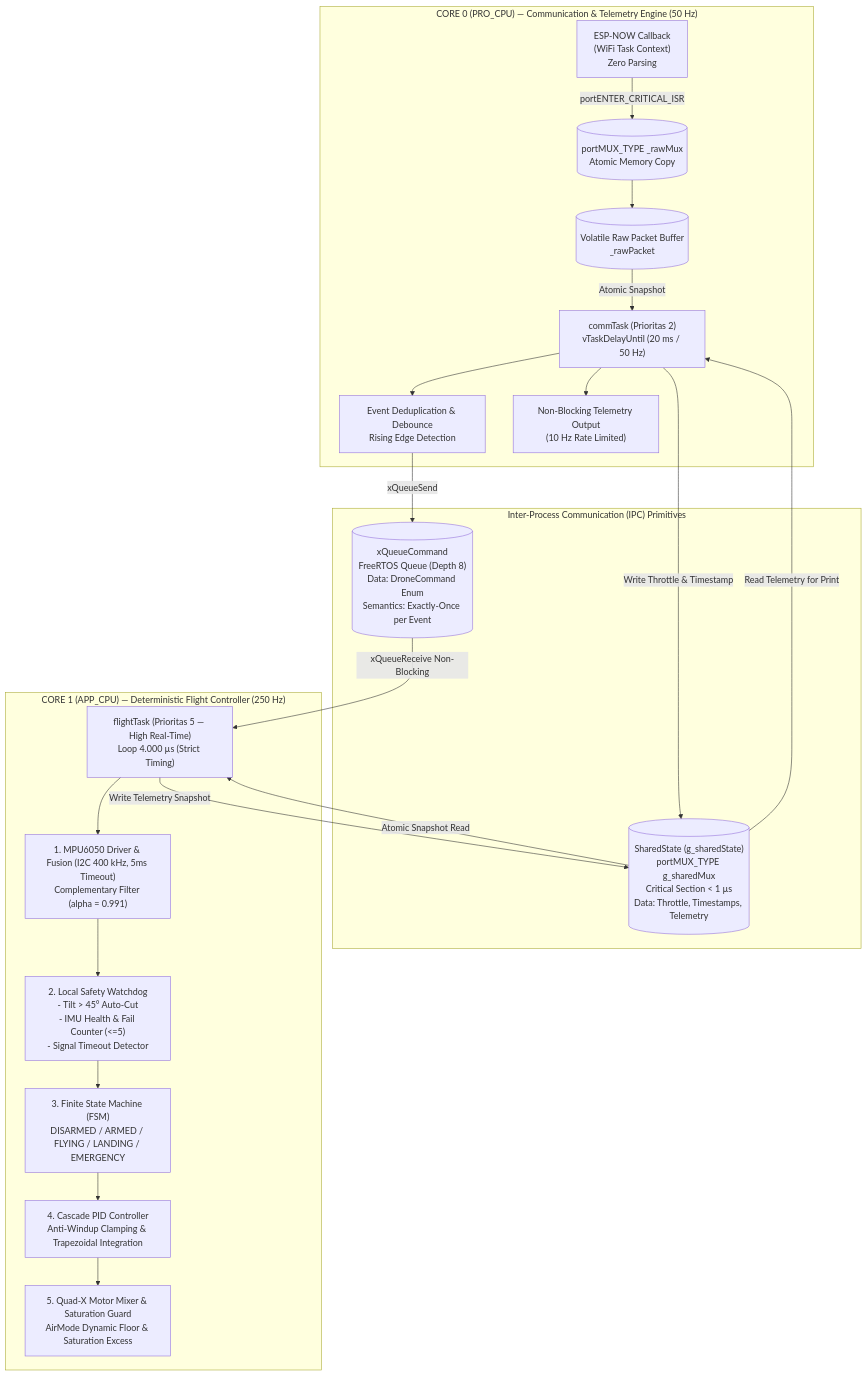
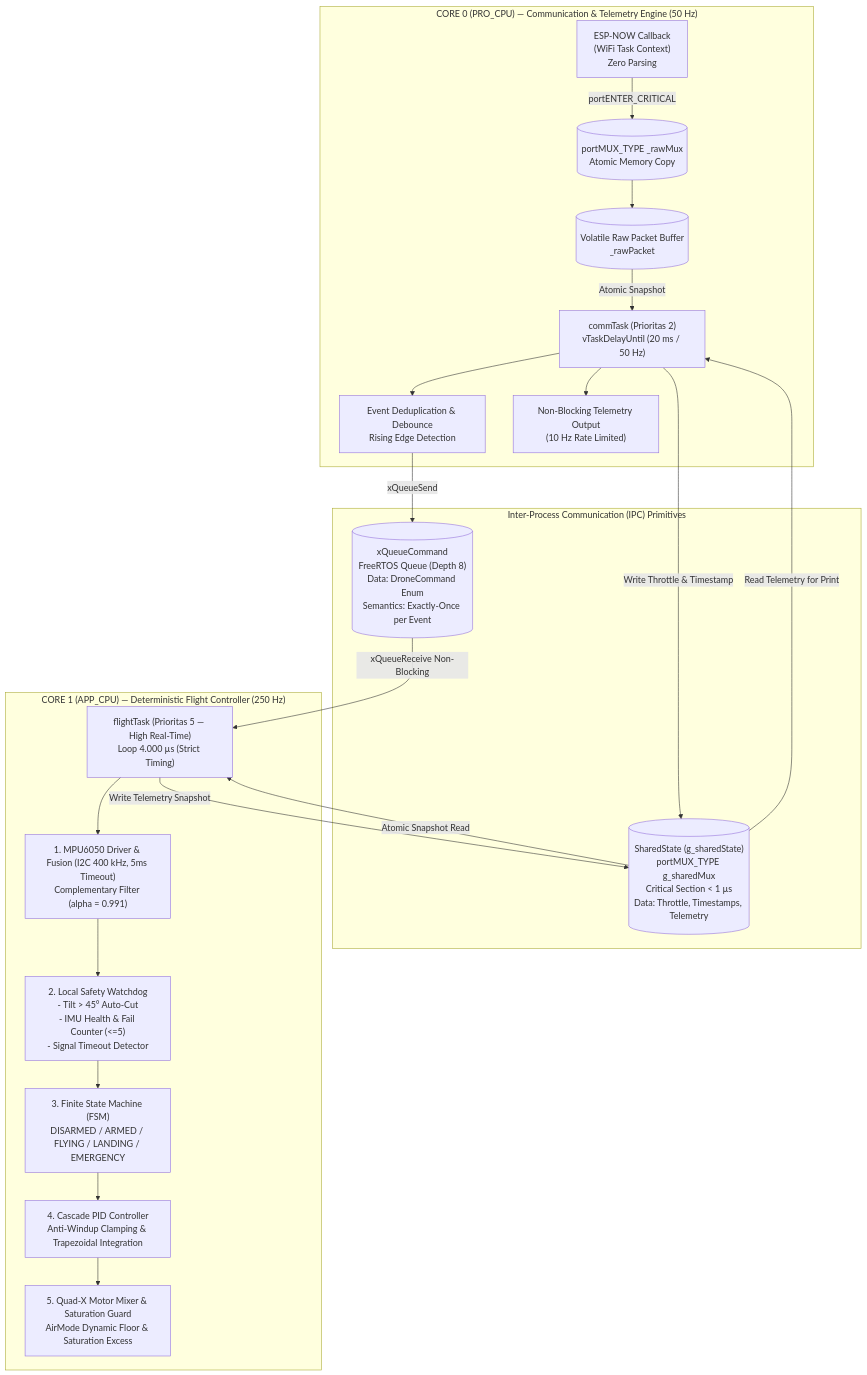
Before and after one commit to qiuFrrl/QuadcopterF450: the first of 5 diagrams in arsitektur.md, drawn with Mermaid. The commit also changed other lines of this file and 10 other files, not shown here.

````diff
--- a/arsitektur.md
+++ b/arsitektur.md
@@ -61,44 +61,44 @@
 ```mermaid
 graph TB
     subgraph Core0 ["CORE 0 (PRO_CPU) — Communication & Telemetry Engine (50 Hz)"]
         ISR["ESP-NOW Callback<br/>(WiFi Task Context)<br/>Zero Parsing"]
         RawMux[("portMUX_TYPE _rawMux<br/>Atomic Memory Copy")]
         RawBuf[("Volatile Raw Packet Buffer<br/>_rawPacket")]
         CommTask["commTask (Prioritas 2)<br/>vTaskDelayUntil (20 ms / 50 Hz)"]
         Deduplicator["Event Deduplication & Debounce<br/>Rising Edge Detection"]
         SerialOut["Non-Blocking Telemetry Output<br/>(10 Hz Rate Limited)"]
         
-        ISR -->|portENTER_CRITICAL_ISR| RawMux
+        ISR -->|portENTER_CRITICAL| RawMux
         RawMux --> RawBuf
         RawBuf -->|Atomic Snapshot| CommTask
         CommTask --> Deduplicator
         CommTask --> SerialOut
     end
 
     subgraph IPC ["Inter-Process Communication (IPC) Primitives"]
         CmdQueue[("xQueueCommand<br/>FreeRTOS Queue (Depth 8)<br/>Data: DroneCommand Enum<br/>Semantics: Exactly-Once per Event")]
         Spinlock[("SharedState (g_sharedState)<br/>portMUX_TYPE g_sharedMux<br/>Critical Section < 1 µs<br/>Data: Throttle, Timestamps, Telemetry")]
     end
 
     subgraph Core1 ["CORE 1 (APP_CPU) — Deterministic Flight Controller (250 Hz)"]
         FlightTask["flightTask (Prioritas 5 — High Real-Time)<br/>Loop 4.000 µs (Strict Timing)"]
         IMUDriver["1. MPU6050 Driver & Fusion (I2C 400 kHz, 5ms Timeout)<br/>Complementary Filter (alpha = 0.991)"]
         Failsafe["2. Local Safety Watchdog<br/>- Tilt > 45° Auto-Cut<br/>- IMU Health & Fail Counter (<=5)<br/>- Signal Timeout Detector"]
         FSM["3. Finite State Machine (FSM)<br/>DISARMED / ARMED / FLYING / LANDING / EMERGENCY"]
         PIDBlock["4. Cascade PID Controller<br/>Anti-Windup Clamping & Trapezoidal Integration"]
         Mixer["5. Quad-X Motor Mixer & Saturation Guard<br/>AirMode Dynamic Floor & Saturation Excess"]
 
         FlightTask --> IMUDriver
         IMUDriver --> Failsafe
         Failsafe --> FSM
         FSM --> PIDBlock
         PIDBlock --> Mixer
     end
 
     Deduplicator -->|xQueueSend| CmdQueue
     CommTask -->|Write Throttle & Timestamp| Spinlock
     CmdQueue -->|xQueueReceive Non-Blocking| FlightTask
     FlightTask -->|Write Telemetry Snapshot| Spinlock
     Spinlock -->|Atomic Snapshot Read| FlightTask
     Spinlock -->|Read Telemetry for Print| CommTask
 ```
````
